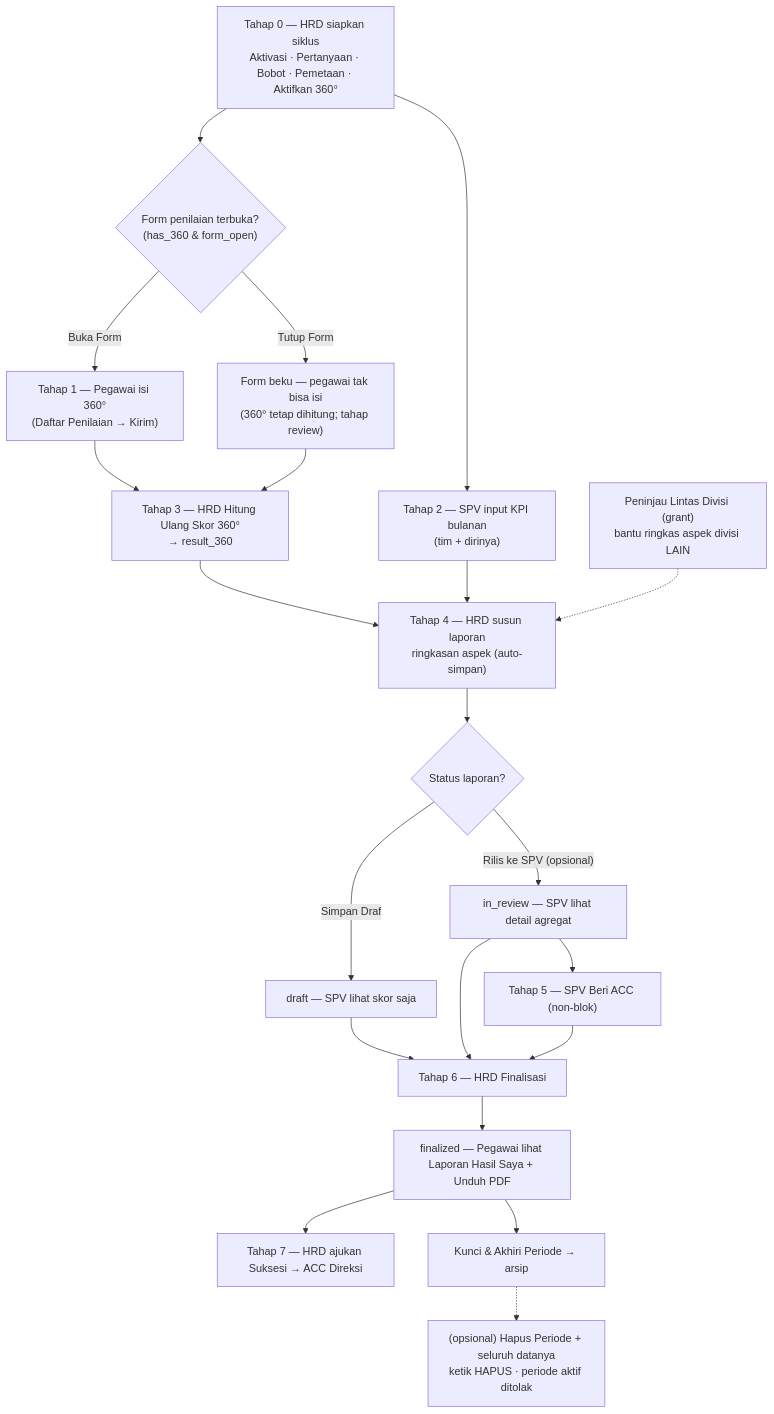
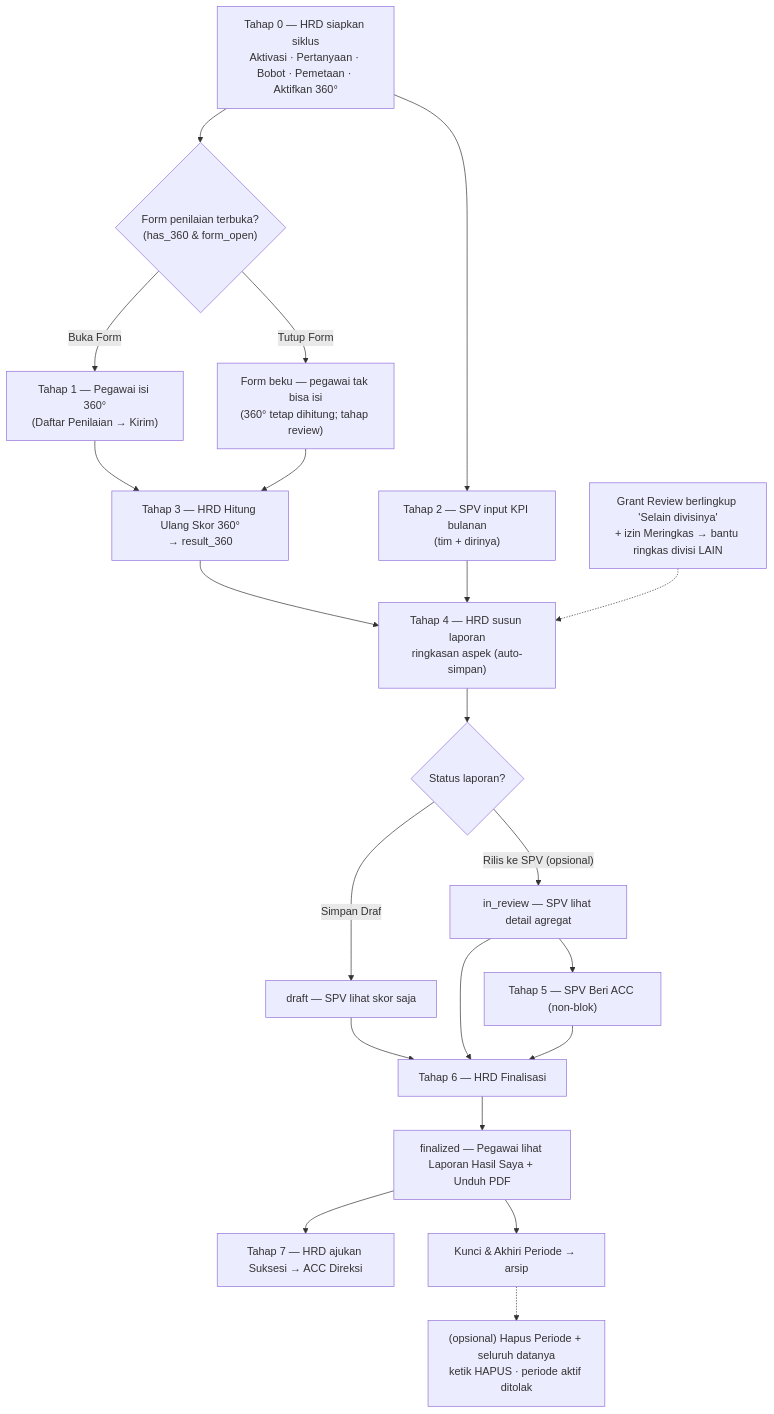
One commit to infarmcorp/infarm-360 changed the fifth of 5 diagrams in docs/panduan/CARA-PENGGUNAAN.md. Above: the diagram before and after it, drawn with Mermaid. The commit also changed other lines of this file and 1 other file, not shown here.

````diff
--- a/docs/panduan/CARA-PENGGUNAAN.md
+++ b/docs/panduan/CARA-PENGGUNAAN.md
@@ -788,24 +916,24 @@
 ```mermaid
 flowchart TD
     T0["Tahap 0 — HRD siapkan siklus<br/>Aktivasi · Pertanyaan · Bobot · Pemetaan · Aktifkan 360°"]
     T0 --> FORM{"Form penilaian terbuka?<br/>(has_360 & form_open)"}
     FORM -- "Buka Form" --> T1["Tahap 1 — Pegawai isi 360°<br/>(Daftar Penilaian → Kirim)"]
     FORM -- "Tutup Form" --> FZ["Form beku — pegawai tak bisa isi<br/>(360° tetap dihitung; tahap review)"]
     T0 --> T2["Tahap 2 — SPV input KPI bulanan<br/>(tim + dirinya)"]
     T1 --> T3["Tahap 3 — HRD Hitung Ulang Skor 360°<br/>→ result_360"]
     FZ --> T3
     T3 --> T4["Tahap 4 — HRD susun laporan<br/>ringkasan aspek (auto-simpan)"]
     T2 --> T4
-    PR["Peninjau Lintas Divisi (grant)<br/>bantu ringkas aspek divisi LAIN"] -.-> T4
+    PR["Grant Review berlingkup 'Selain divisinya'<br/>+ izin Meringkas → bantu ringkas divisi LAIN"] -.-> T4
     T4 --> S1{"Status laporan?"}
     S1 -- "Simpan Draf" --> DR["draft — SPV lihat skor saja"]
     S1 -- "Rilis ke SPV (opsional)" --> IR["in_review — SPV lihat detail agregat"]
     IR --> ACC["Tahap 5 — SPV Beri ACC (non-blok)"]
     DR --> FIN["Tahap 6 — HRD Finalisasi"]
     IR --> FIN
     ACC --> FIN
     FIN --> FR["finalized — Pegawai lihat Laporan Hasil Saya + Unduh PDF"]
     FR --> T7["Tahap 7 — HRD ajukan Suksesi → ACC Direksi"]
     FR --> LOCK["Kunci & Akhiri Periode → arsip"]
     LOCK -.-> DEL["(opsional) Hapus Periode + seluruh datanya<br/>ketik HAPUS · periode aktif ditolak"]
 ```
````
